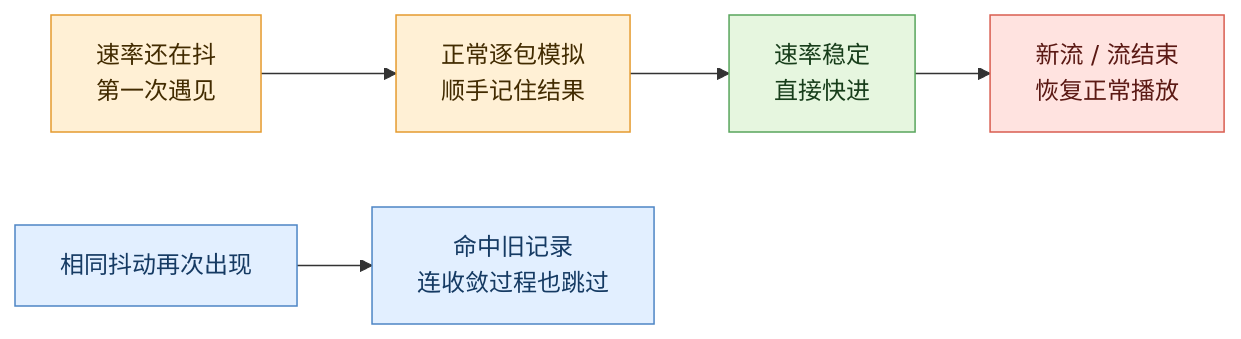
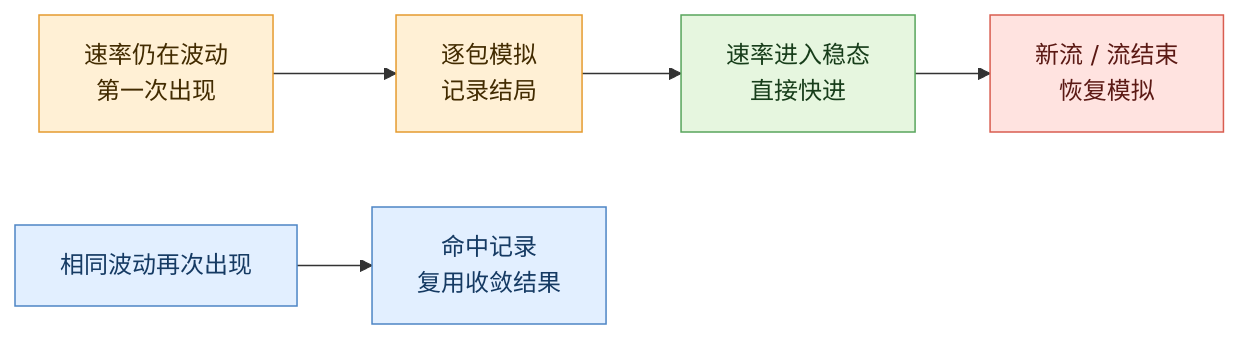
The first of 5 diagrams in _posts/2026-08-14-wormhole-memoization-fast-forwarding.md (ccc112233ccc/ccc112233ccc.github.io), drawn with Mermaid before and after one commit. The commit also changed other lines of this file and 1 other file, not shown here.

````diff
--- a/_posts/2026-08-14-wormhole-memoization-fast-forwarding.md
+++ b/_posts/2026-08-14-wormhole-memoization-fast-forwarding.md
@@ -26,16 +36,16 @@
 ```mermaid
 flowchart LR
-    A["速率还在抖<br/>第一次遇见"] --> B["正常逐包模拟<br/>顺手记住结果"]
-    B --> C["速率稳定<br/>直接快进"]
-    C --> D["新流 / 流结束<br/>恢复正常播放"]
-    E["相同抖动再次出现"] --> F["命中旧记录<br/>连收敛过程也跳过"]
+    A["速率仍在波动<br/>第一次出现"] --> B["逐包模拟<br/>记录结局"]
+    B --> C["速率进入稳态<br/>直接快进"]
+    C --> D["新流 / 流结束<br/>恢复模拟"]
+    E["相同波动再次出现"] --> F["命中记录<br/>复用收敛结果"]
 
     classDef transient fill:#fff0d5,stroke:#e59b2f,color:#422b00;
     classDef stable fill:#e6f6df,stroke:#58a55c,color:#173d1a;
     classDef cache fill:#e2efff,stroke:#4d85c5,color:#153a63;
     classDef interrupt fill:#ffe3e0,stroke:#d95d50,color:#5b1914;
     class A,B transient;
     class C stable;
     class E,F cache;
     class D interrupt;
 ```
````
